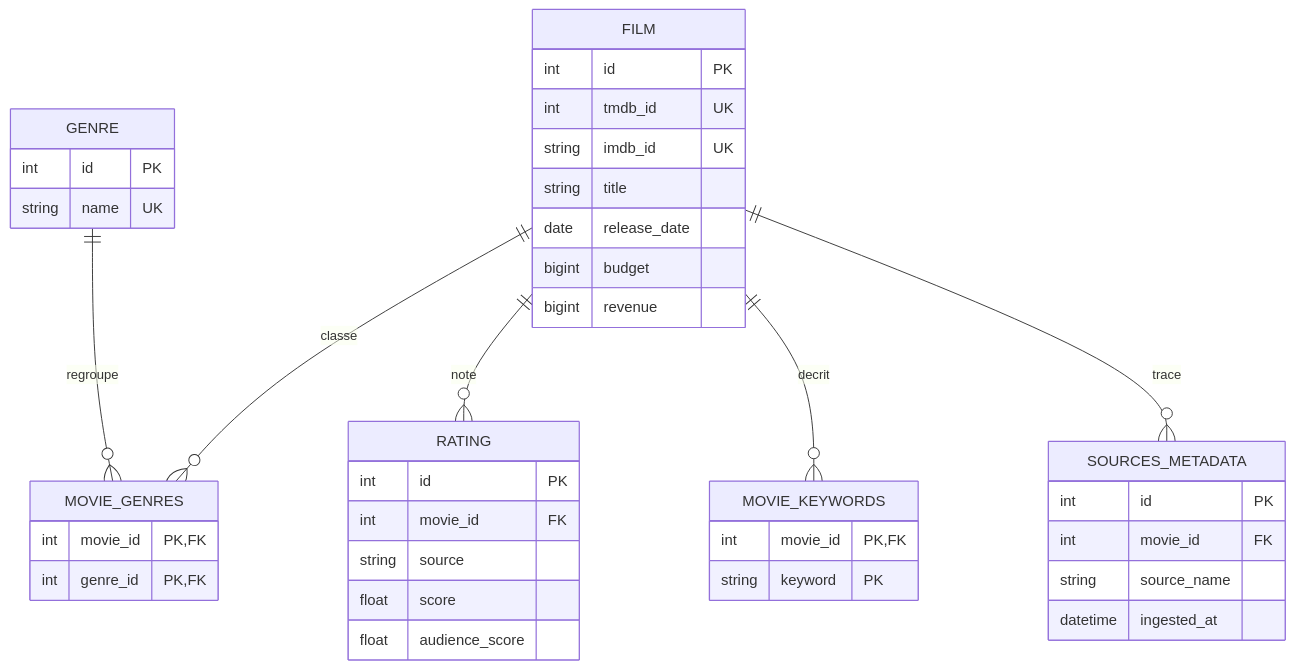
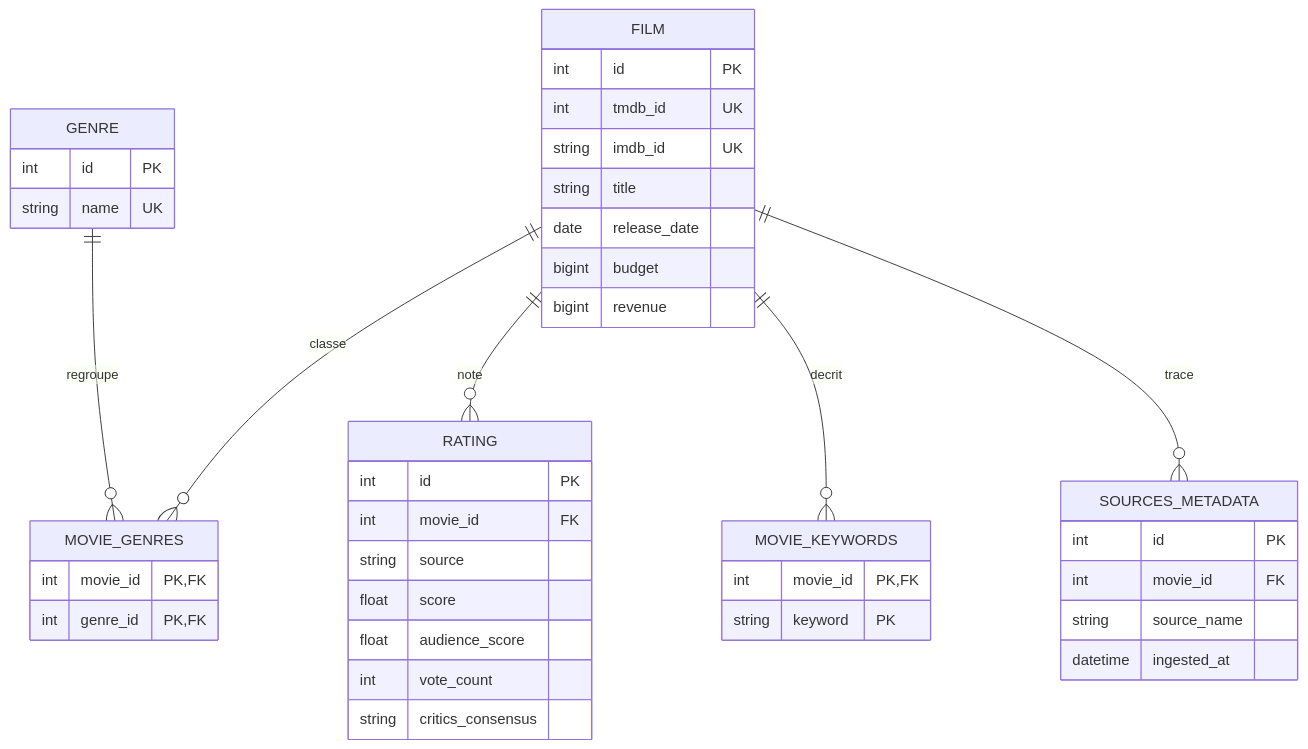
One commit to os974/HorRAGor3 changed the diagram in docs/sphinx/bdd/mld.mmd. Above: the diagram before and after it, drawn with Mermaid. The commit also changed 14 other files, not shown here.

```diff
--- a/docs/sphinx/bdd/mld.mmd
+++ b/docs/sphinx/bdd/mld.mmd
@@ -1,40 +1,42 @@
 erDiagram
     FILM ||--o{ MOVIE_GENRES : "classe"
     GENRE ||--o{ MOVIE_GENRES : "regroupe"
     FILM ||--o{ RATING : "note"
     FILM ||--o{ MOVIE_KEYWORDS : "decrit"
     FILM ||--o{ SOURCES_METADATA : "trace"
     FILM {
         int id PK
         int tmdb_id UK
         string imdb_id UK
         string title
         date release_date
         bigint budget
         bigint revenue
     }
     GENRE {
         int id PK
         string name UK
     }
     MOVIE_GENRES {
         int movie_id PK,FK
         int genre_id PK,FK
     }
     RATING {
         int id PK
         int movie_id FK
         string source
         float score
         float audience_score
+        int vote_count
+        string critics_consensus
     }
     MOVIE_KEYWORDS {
         int movie_id PK,FK
         string keyword PK
     }
     SOURCES_METADATA {
         int id PK
         int movie_id FK
         string source_name
         datetime ingested_at
     }
```
